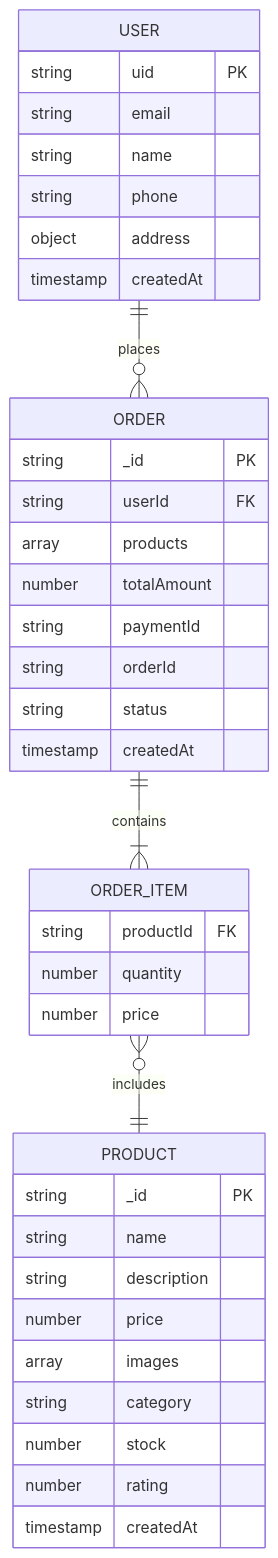
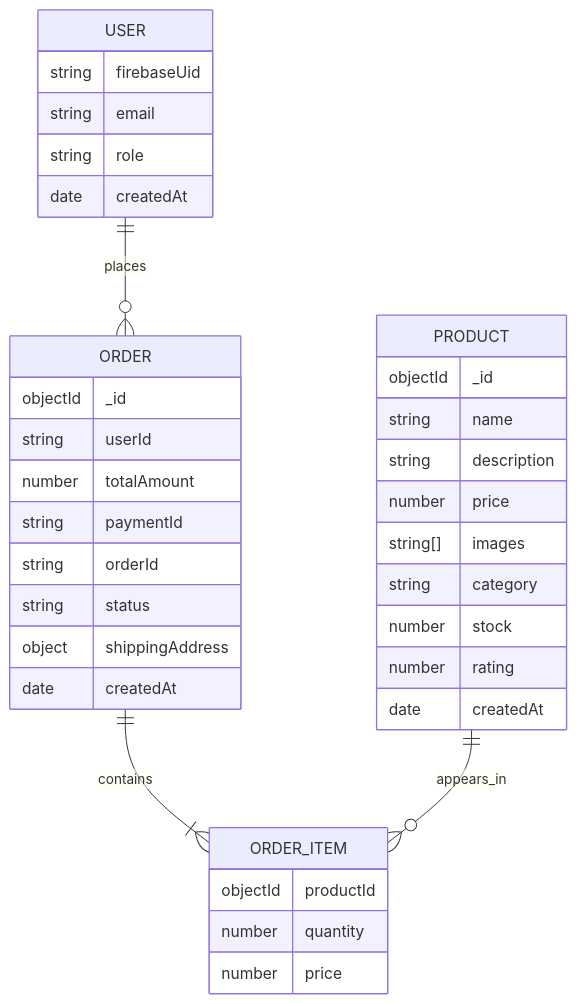
The fourth of 4 diagrams in .trae/documents/ecommerce-architecture.md (Matrixszh/EcommF), drawn with Mermaid before and after one commit. The commit also changed other lines of this file, not shown here.

Commit message:
ARCHITECTURE DEPLOYMEYNT

````diff
--- a/.trae/documents/ecommerce-architecture.md
+++ b/.trae/documents/ecommerce-architecture.md
@@ -237,40 +231,42 @@
 ```mermaid
 erDiagram
-    USER ||--o{ ORDER : places
-    USER {
-        string uid PK
-        string email
-        string name
-        string phone
-        object address
-        timestamp createdAt
-    }
-    ORDER ||--|{ ORDER_ITEM : contains
-    ORDER {
-        string _id PK
-        string userId FK
-        array products
-        number totalAmount
-        string paymentId
-        string orderId
-        string status
-        timestamp createdAt
-    }
-    ORDER_ITEM }o--|| PRODUCT : includes
-    ORDER_ITEM {
-        string productId FK
-        number quantity
-        number price
-    }
-    PRODUCT {
-        string _id PK
-        string name
-        string description
-        number price
-        array images
-        string category
-        number stock
-        number rating
-        timestamp createdAt
-    }
+  USER ||--o{ ORDER : places
+  ORDER ||--|{ ORDER_ITEM : contains
+  PRODUCT ||--o{ ORDER_ITEM : appears_in
+
+  USER {
+    string firebaseUid
+    string email
+    string role
+    date createdAt
+  }
+
+  PRODUCT {
+    objectId _id
+    string name
+    string description
+    number price
+    string[] images
+    string category
+    number stock
+    number rating
+    date createdAt
+  }
+
+  ORDER {
+    objectId _id
+    string userId
+    number totalAmount
+    string paymentId
+    string orderId
+    string status
+    object shippingAddress
+    date createdAt
+  }
+
+  ORDER_ITEM {
+    objectId productId
+    number quantity
+    number price
+  }
 ```
````
